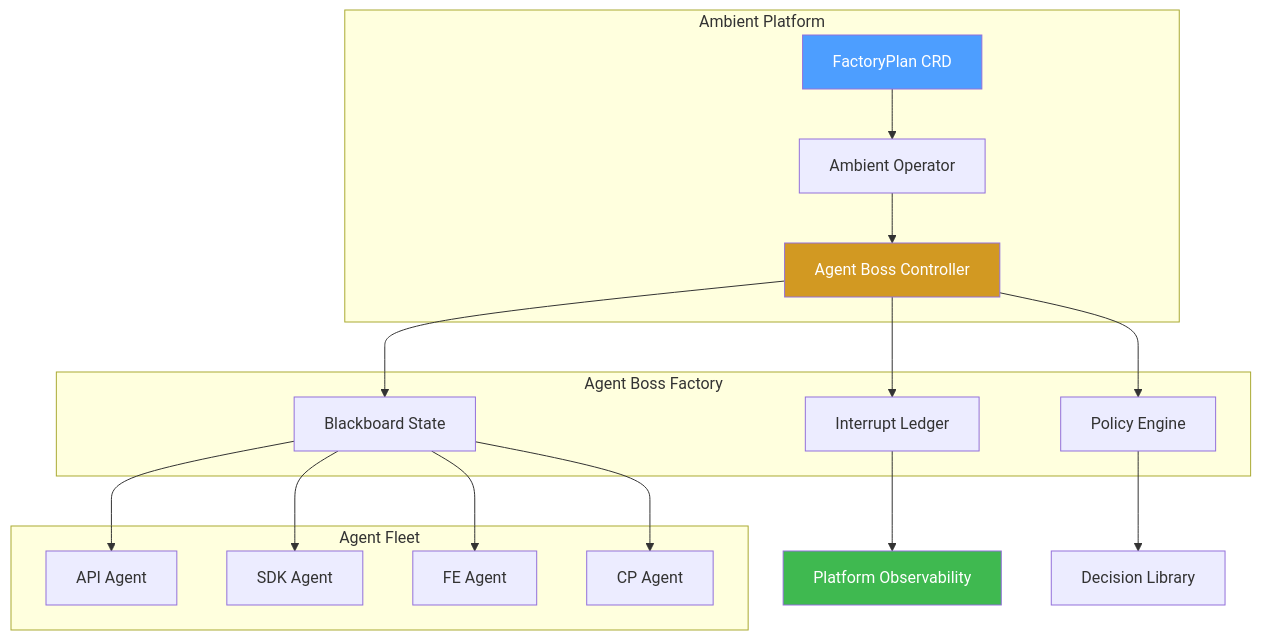
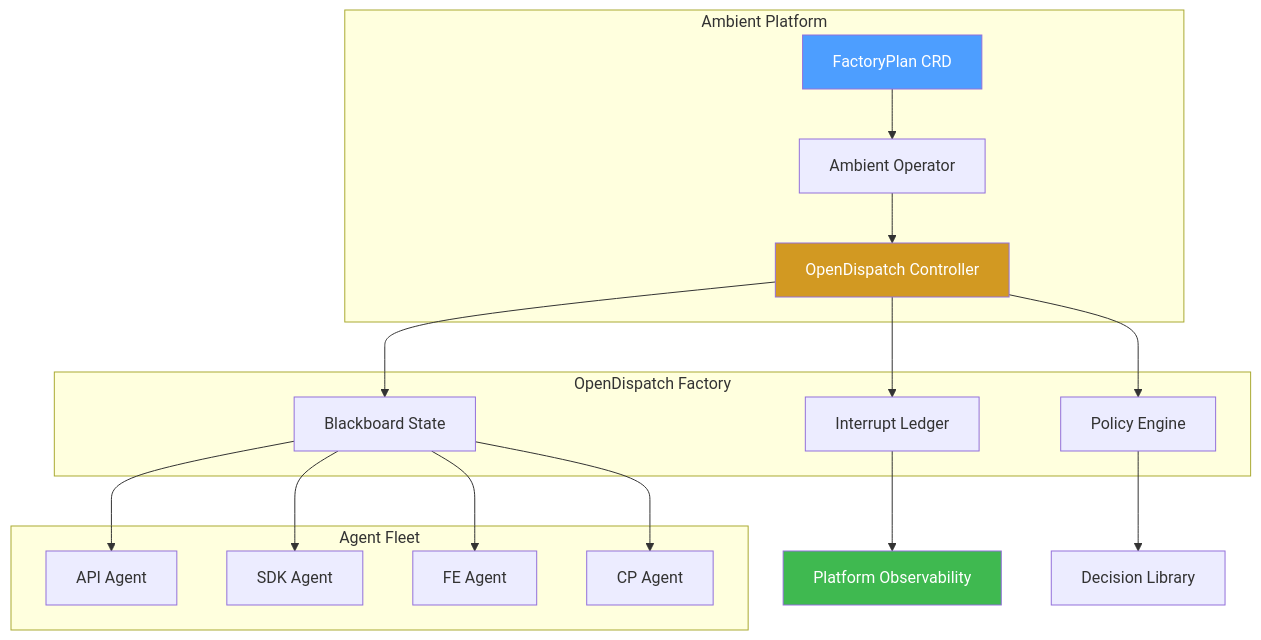
One commit to jsell-rh/agent-boss changed diagram 12 of 14 in docs/agent-boss-factory-proposal.md. Above: the diagram before and after it, drawn with Mermaid. The commit also changed other lines of this file and 38 other files, not shown here.

First line of the commit message:
feat(rebrand): Agent Boss → OpenDispatch/oDispatch/odis (TASK-128)

````diff
--- a/docs/agent-boss-factory-proposal.md
+++ b/docs/agent-boss-factory-proposal.md
@@ -464,27 +464,27 @@
 ```mermaid
 graph TB
     subgraph "Ambient Platform"
         CRD[FactoryPlan CRD] --> OP[Ambient Operator]
-        OP --> AB[Agent Boss Controller]
+        OP --> AB[OpenDispatch Controller]
     end
     
-    subgraph "Agent Boss Factory"
+    subgraph "OpenDispatch Factory"
         AB --> BL[Blackboard State]
         AB --> IL[Interrupt Ledger]
         AB --> PL[Policy Engine]
     end
     
     subgraph "Agent Fleet"
         BL --> A1[API Agent]
         BL --> A2[SDK Agent]
         BL --> A3[FE Agent]
         BL --> A4[CP Agent]
     end
     
     IL --> METRICS[Platform Observability]
     PL --> LEARNING[Decision Library]
     
     style AB fill:#d29922,color:#fff
     style CRD fill:#4d9eff,color:#fff
     style METRICS fill:#3fb950,color:#fff
 ```
````
